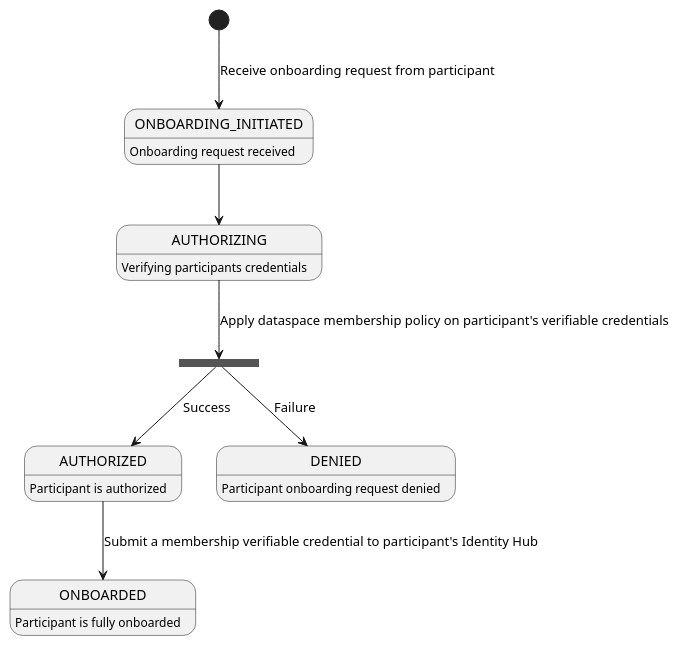
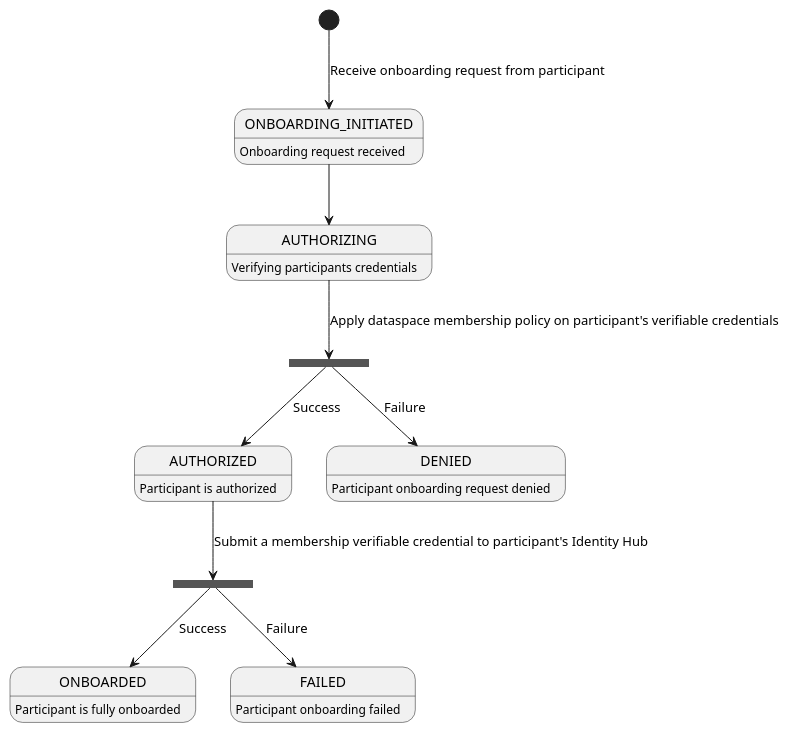
Before and after one commit to agera-edc/RegistrationService: the diagram in docs/developer/decision-records/2022-08-02-participant-status/participant-status.puml, drawn with PlantUML.

```diff
--- a/docs/developer/decision-records/2022-08-02-participant-status/participant-status.puml
+++ b/docs/developer/decision-records/2022-08-02-participant-status/participant-status.puml
@@ -1,16 +1,20 @@
 @startuml
 ONBOARDING_INITIATED: Onboarding request received
 AUTHORIZING: Verifying participants credentials
 AUTHORIZED: Participant is authorized
 ONBOARDED: Participant is fully onboarded
 DENIED: Participant onboarding request denied
+FAILED: Participant onboarding failed
 
 state authorization_result <<fork>>
+state submission_result <<fork>>
 
 [*] --> ONBOARDING_INITIATED: Receive onboarding request from participant
 ONBOARDING_INITIATED --> AUTHORIZING
 AUTHORIZING --> authorization_result: Apply dataspace membership policy on participant's verifiable credentials
 authorization_result --> AUTHORIZED: Success
 authorization_result --> DENIED: Failure
-AUTHORIZED --> ONBOARDED: Submit a membership verifiable credential to participant's Identity Hub
+AUTHORIZED --> submission_result: Submit a membership verifiable credential to participant's Identity Hub
+submission_result --> ONBOARDED: Success
+submission_result --> FAILED: Failure
 @enduml
```
